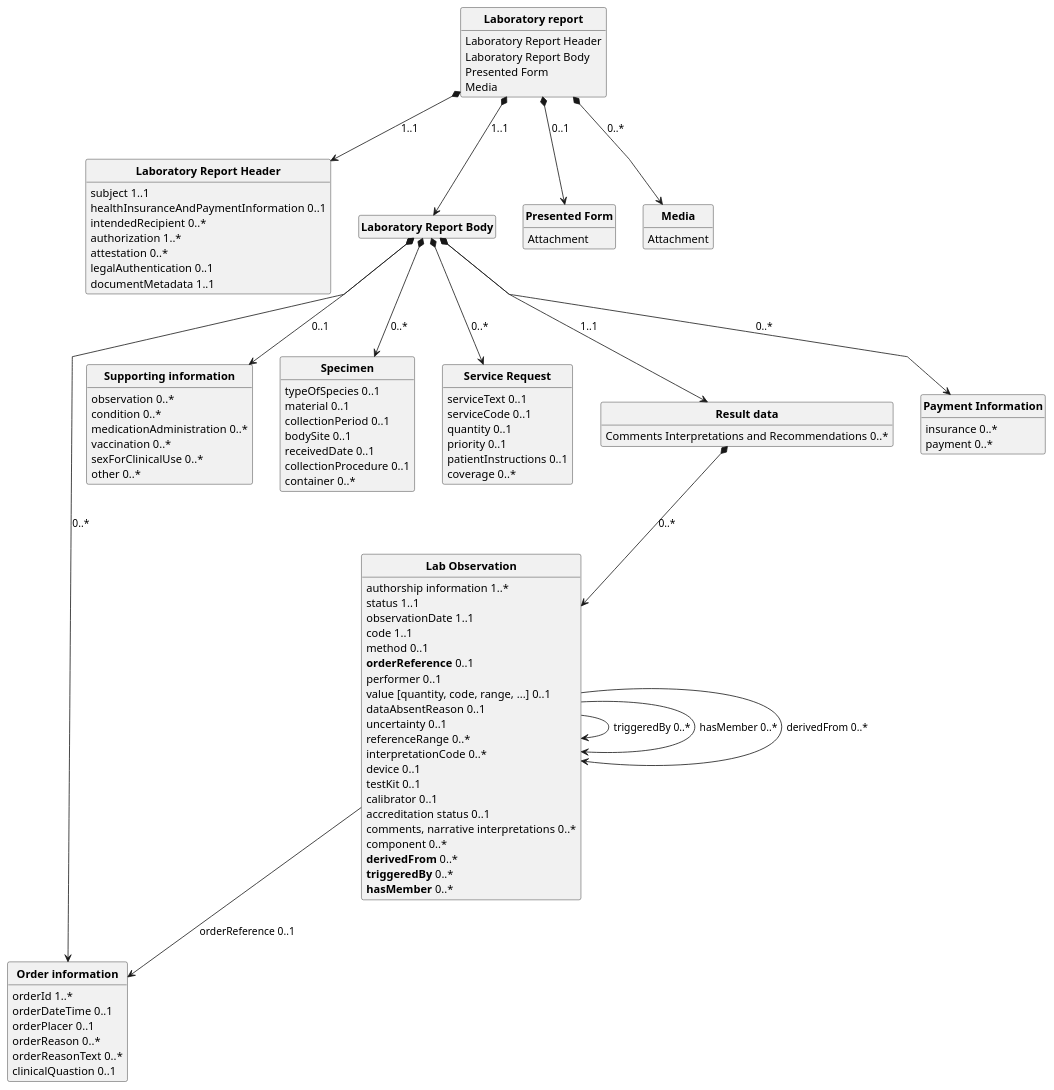
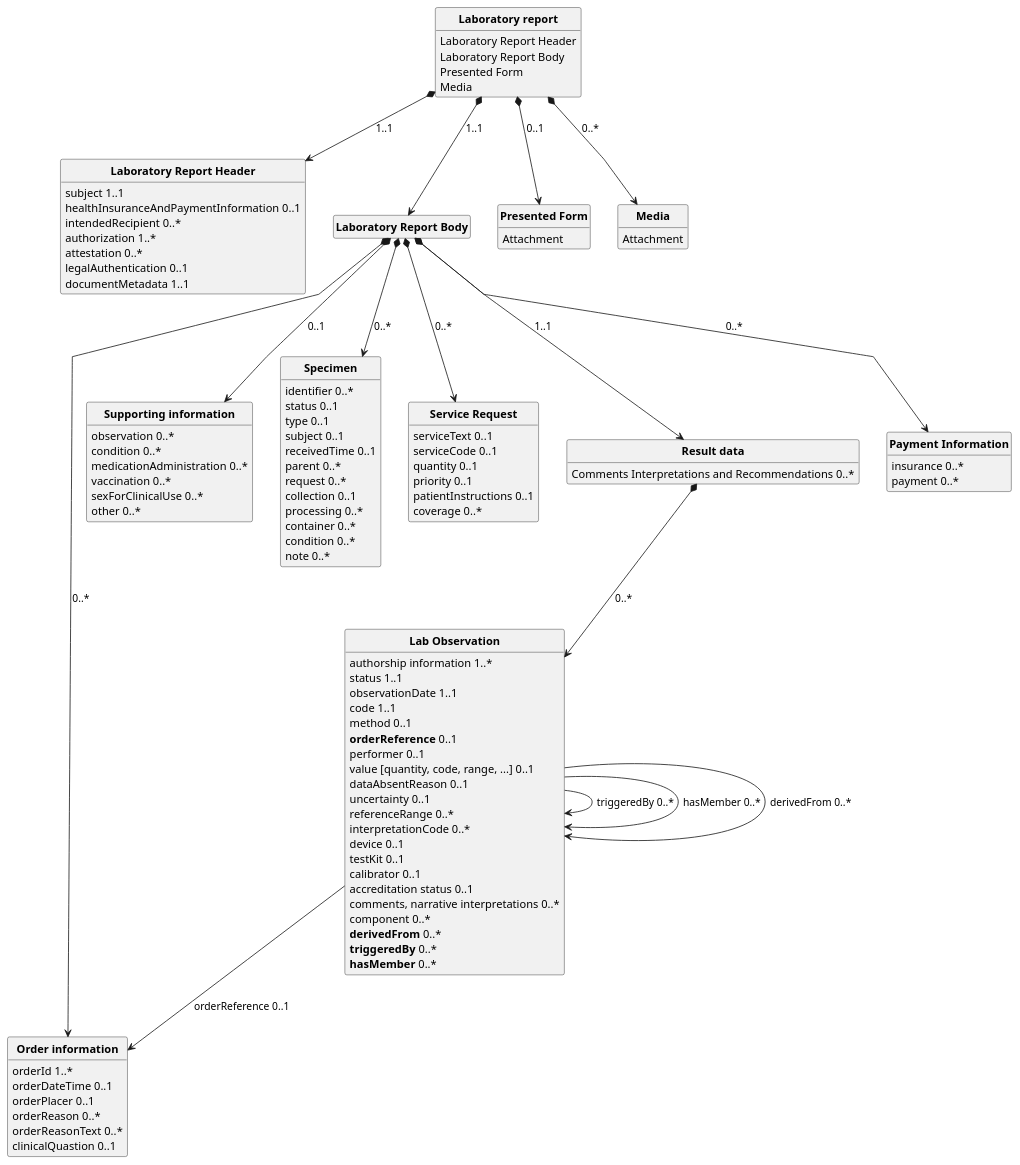
The diagram in input/images-source/laboratory_report.plantuml (Xt-EHR/xt-ehr-common), drawn with PlantUML before and after one commit.

```diff
--- a/input/images-source/laboratory_report.plantuml
+++ b/input/images-source/laboratory_report.plantuml
@@ -1,128 +1,133 @@
 @startuml
 skinparam linetype polyline
 hide circle
 hide stereotype
 hide empty members
 
 class "**Laboratory report**" as labReport{
   Laboratory Report Header
   Laboratory Report Body
   Presented Form
   Media
 }
 
 labReport *--> header: "1..1"
 labReport *--> body: "1..1"
 labReport *--> presentedForm: "0..1"
 labReport *--> media: "0..*"
 
 class "**Laboratory Report Header**" as header{
   subject 1..1
   healthInsuranceAndPaymentInformation 0..1
   intendedRecipient 0..*
   authorization 1..*
   attestation 0..*
   legalAuthentication 0..1
   documentMetadata 1..1
 }
 
 class "**Laboratory Report Body**" as body{
 }
 
 body *--> orderInformation: "0..*"
 body *--> supportingInformation: "0..1"
 body *--> specimen: "0..*"
 body *--> serviceRequest: "0..*"
 body *--> resultData: "1..1"
 body *--> healthInsuranceAndPaymentInformation: "0..*"
 
 class "**Order information**" as orderInformation {
   orderId 1..*
   orderDateTime 0..1
   orderPlacer 0..1
   orderReason 0..*
   orderReasonText 0..*
   clinicalQuastion 0..1
 }
 
 class "**Supporting information**" as supportingInformation {
   observation 0..*
   condition 0..*
   medicationAdministration 0..*
   vaccination 0..*
   sexForClinicalUse 0..*
   other 0..*
 }
 
 
 class "**Specimen**" as specimen {
-  typeOfSpecies 0..1
-  material 0..1
-  collectionPeriod 0..1
-  bodySite 0..1
-  receivedDate 0..1
-  collectionProcedure 0..1
+  identifier 0..*
+  status 0..1
+  type 0..1
+  subject 0..1
+  receivedTime 0..1
+  parent 0..*
+  request 0..*
+  collection 0..1
+  processing 0..*
   container 0..*
+  condition 0..*
+  note 0..*
 }
 
 class "**Service Request**" as serviceRequest {
   serviceText 0..1
   serviceCode 0..1
   quantity 0..1
   priority 0..1
   patientInstructions 0..1
   coverage 0..*
 }
 
 
 class "**Result data**" as resultData {
   Comments Interpretations and Recommendations 0..*
 }
 
 resultData *--> results: 0..*
 
 class "**Lab Observation**" as results {
   authorship information 1..*
   status 1..1
   observationDate 1..1
   code 1..1
   method 0..1
   **orderReference** 0..1
   performer 0..1
   value [quantity, code, range, ...] 0..1
   dataAbsentReason 0..1
   uncertainty 0..1
   referenceRange 0..*
   interpretationCode 0..*
   device 0..1
   testKit 0..1
   calibrator 0..1
   accreditation status 0..1
   comments, narrative interpretations 0..*
   component 0..*
   **derivedFrom** 0..*
   **triggeredBy** 0..*
   **hasMember** 0..*
 }
 
 results --> results: "triggeredBy 0..*"
 results --> results: "hasMember 0..*"
 results --> results: "derivedFrom 0..*"
 results --> orderInformation: "orderReference 0..1"
 
 
 class "**Presented Form**" as presentedForm {
   Attachment
 }
 
 class "**Media**" as media {
   Attachment
 }
 
 class "**Payment Information**" as healthInsuranceAndPaymentInformation {
   insurance 0..*
   payment 0..*
 }
 
 
 @enduml
```
